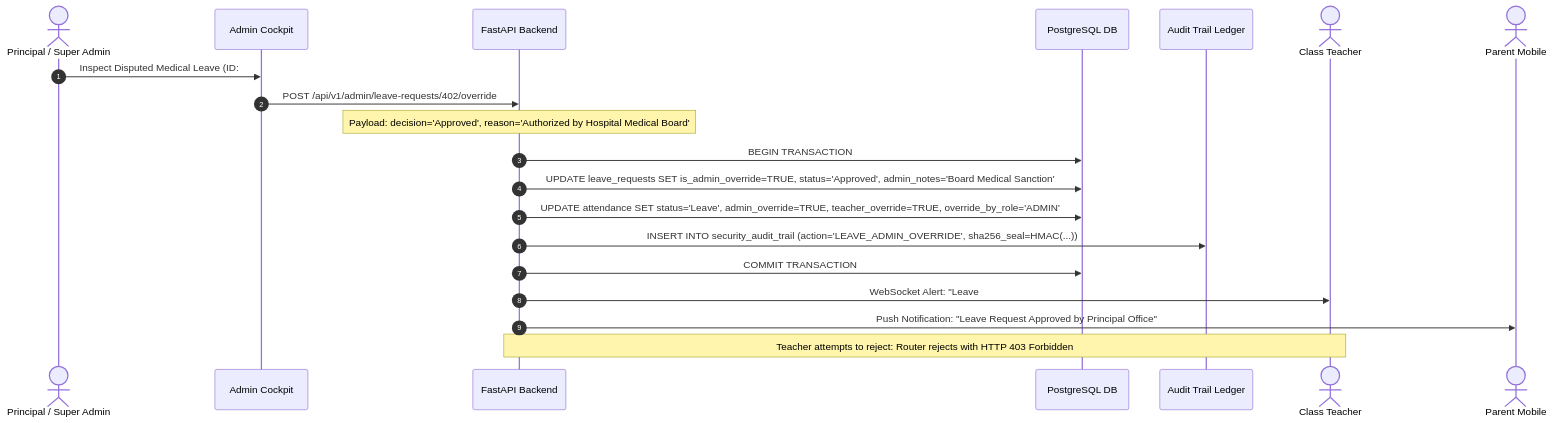
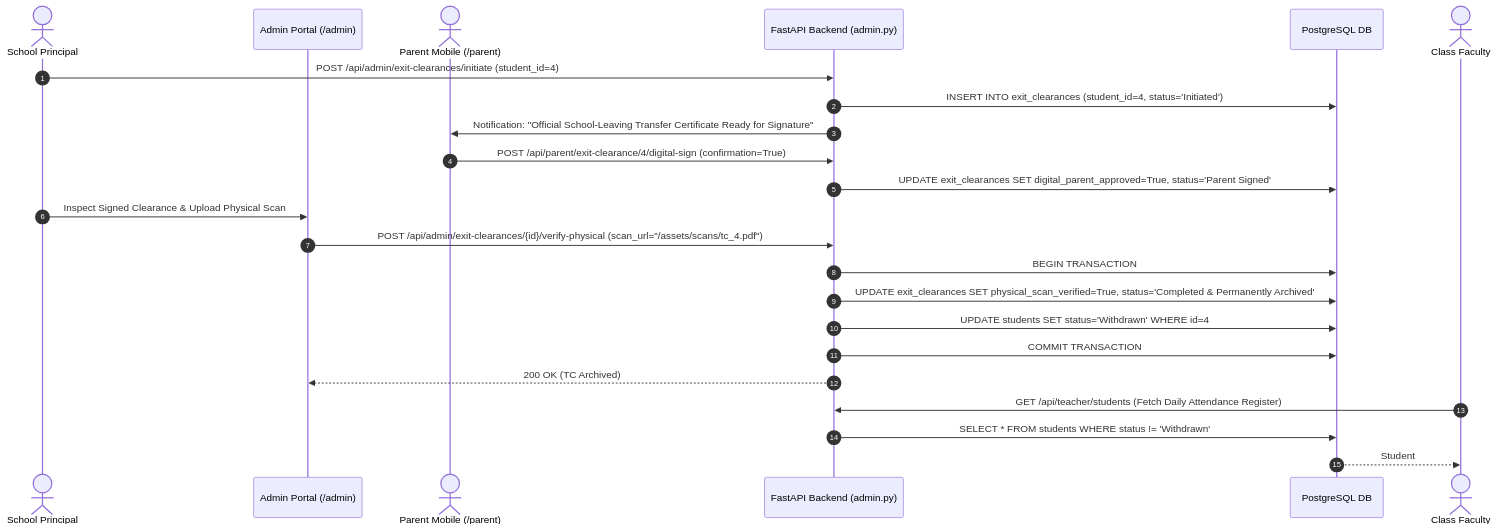
One commit to DiradzProducts/EDU360 changed diagram 11 of 20 in docs/architecture/ROLE_WISE_ARCHITECTURE_AND_WORKFLOWS.md. Above: the diagram before and after it, drawn with Mermaid. The commit also changed other lines of this file and 54 other files, not shown here.

Commit message:
feat(core): synchronize cross-role workflows, dynamic surveillance, and v10.0 architecture

````diff
--- a/docs/architecture/ROLE_WISE_ARCHITECTURE_AND_WORKFLOWS.md
+++ b/docs/architecture/ROLE_WISE_ARCHITECTURE_AND_WORKFLOWS.md
@@ -444,23 +494,28 @@
 ```mermaid
 sequenceDiagram
     autonumber
-    actor Admin as Principal / Super Admin
-    participant UI as Admin Cockpit
-    participant API as FastAPI Backend
+    actor Admin as School Principal
+    participant UI as Admin Portal (/admin)
+    actor Parent as Parent Mobile (/parent)
+    participant API as FastAPI Backend (admin.py)
     participant DB as PostgreSQL DB
-    participant AUDIT as Audit Trail Ledger
-    actor Teacher as Class Teacher
-    actor Parent as Parent Mobile
+    actor Teacher as Class Faculty
 
-    Admin->>UI: Inspect Disputed Medical Leave (ID: #402)
-    UI->>API: POST /api/v1/admin/leave-requests/402/override
-    Note over API: Payload: decision='Approved', reason='Authorized by Hospital Medical Board'
+    Admin->>API: POST /api/admin/exit-clearances/initiate (student_id=4)
+    API->>DB: INSERT INTO exit_clearances (student_id=4, status='Initiated')
+    API->>Parent: Notification: "Official School-Leaving Transfer Certificate Ready for Signature"
+    Parent->>API: POST /api/parent/exit-clearance/4/digital-sign (confirmation=True)
+    API->>DB: UPDATE exit_clearances SET digital_parent_approved=True, status='Parent Signed'
+    
+    Admin->>UI: Inspect Signed Clearance & Upload Physical Scan
+    UI->>API: POST /api/admin/exit-clearances/{id}/verify-physical (scan_url="/assets/scans/tc_4.pdf")
     API->>DB: BEGIN TRANSACTION
-    API->>DB: UPDATE leave_requests SET is_admin_override=TRUE, status='Approved', admin_notes='Board Medical Sanction'
-    API->>DB: UPDATE attendance SET status='Leave', admin_override=TRUE, teacher_override=TRUE, override_by_role='ADMIN'
-    API->>AUDIT: INSERT INTO security_audit_trail (action='LEAVE_ADMIN_OVERRIDE', sha256_seal=HMAC(...))
+    API->>DB: UPDATE exit_clearances SET physical_scan_verified=True, status='Completed & Permanently Archived'
+    API->>DB: UPDATE students SET status='Withdrawn' WHERE id=4
     API->>DB: COMMIT TRANSACTION
-    API->>Teacher: WebSocket Alert: "Leave #402 Locked via Principal Override"
-    API->>Parent: Push Notification: "Leave Request Approved by Principal Office"
-    Note over Teacher,API: Teacher attempts to reject: Router rejects with HTTP 403 Forbidden
+    API-->>UI: 200 OK (TC Archived)
+    
+    Teacher->>API: GET /api/teacher/students (Fetch Daily Attendance Register)
+    API->>DB: SELECT * FROM students WHERE status != 'Withdrawn'
+    DB-->>Teacher: Student #4 successfully excluded from active attendance register!
 ```
````
